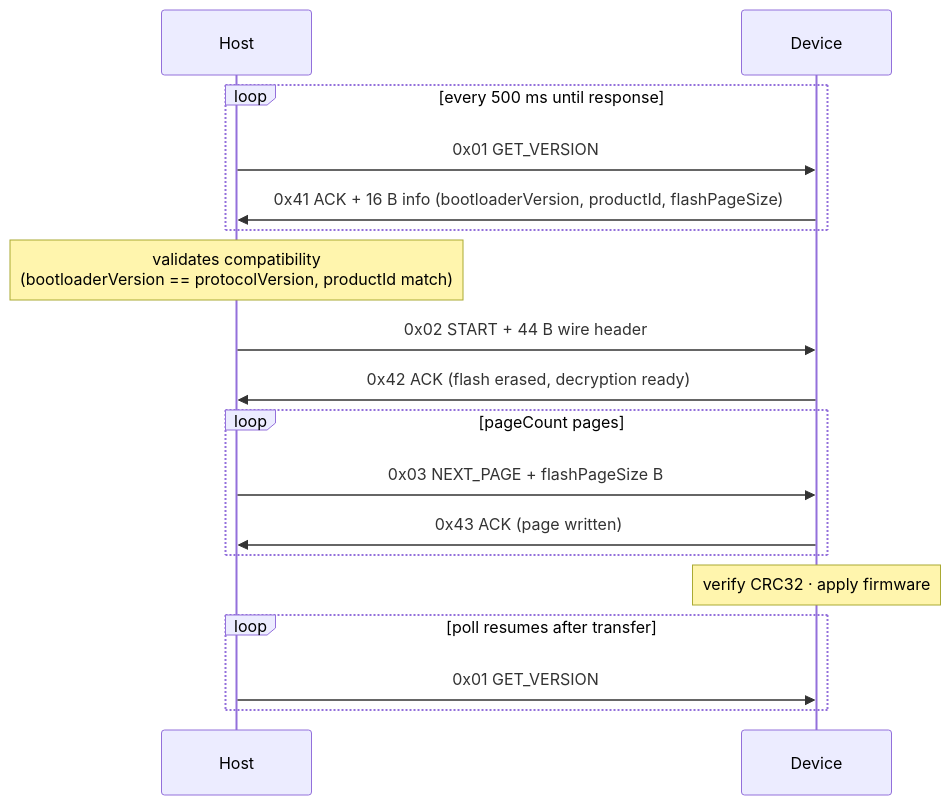
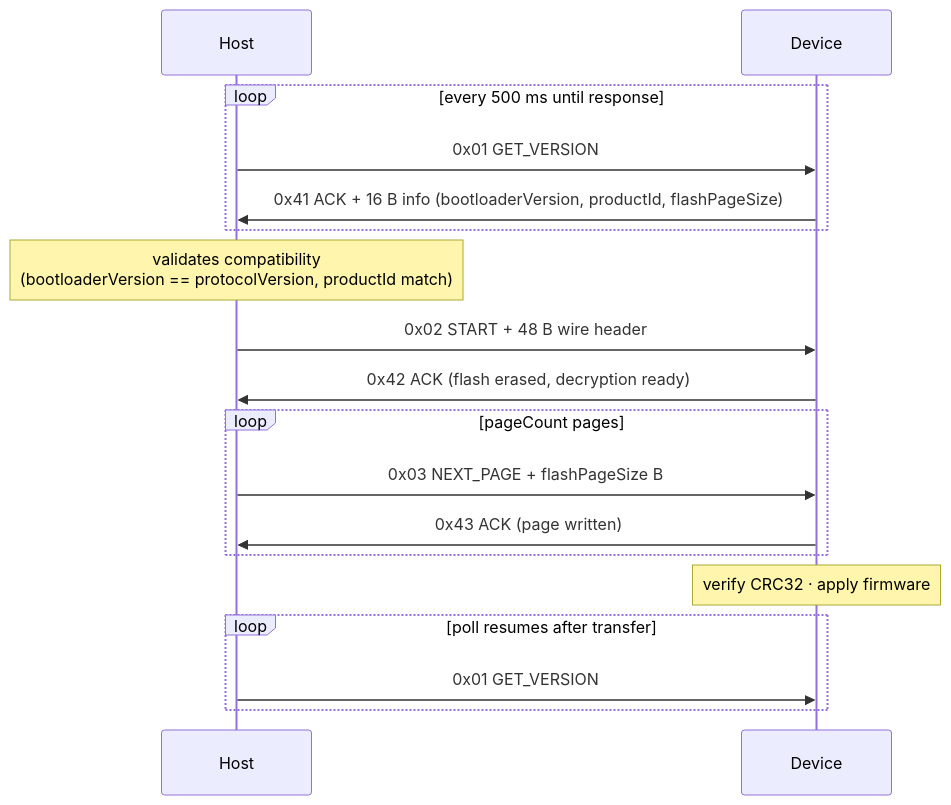
The first of 3 diagrams in docs/PROTOCOL.md (niwciu/SecureLoader), drawn with Mermaid before and after one commit. The commit also changed other lines of this file and 5 other files, not shown here.

First line of the commit message:
fix: transmit full 48-byte wire header in CMD_START (prevAppVersion was stripped)

````diff
--- a/docs/PROTOCOL.md
+++ b/docs/PROTOCOL.md
@@ -148,26 +148,26 @@
 ```mermaid
 sequenceDiagram
     participant H as Host
     participant D as Device
 
     loop every 500 ms until response
         H->>D: 0x01  GET_VERSION
         D->>H: 0x41  ACK + 16 B info (bootloaderVersion, productId, flashPageSize)
     end
 
     Note over H: validates compatibility<br/>(bootloaderVersion == protocolVersion, productId match)
 
-    H->>D: 0x02  START + 44 B wire header
+    H->>D: 0x02  START + 48 B wire header
     D->>H: 0x42  ACK  (flash erased, decryption ready)
 
     loop pageCount pages
         H->>D: 0x03  NEXT_PAGE + flashPageSize B
         D->>H: 0x43  ACK  (page written)
     end
 
     Note over D: verify CRC32 · apply firmware
 
     loop poll resumes after transfer
         H->>D: 0x01  GET_VERSION
     end
 ```
````
